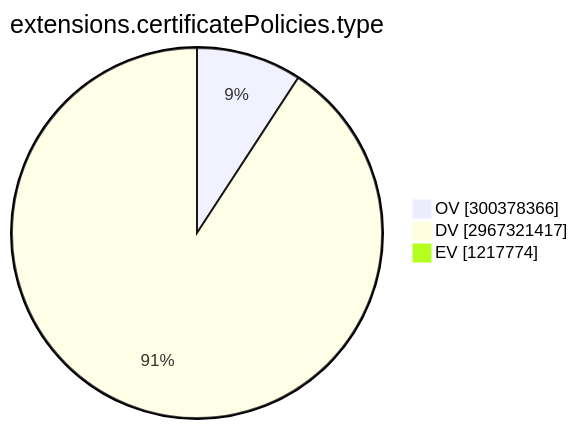
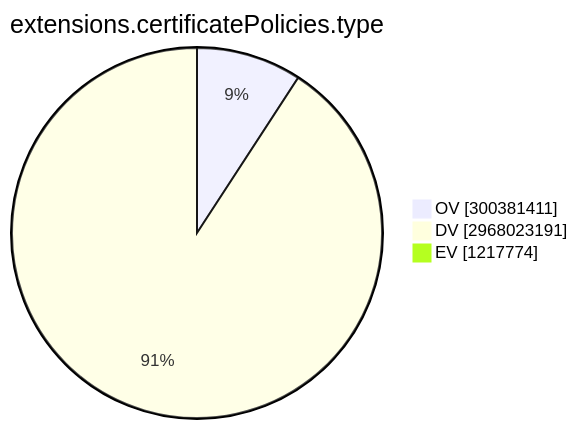
Before and after one commit to christiankrug/ctmonitor_visualization: the ninth of 15 diagrams in TOTAL/README.md, drawn with Mermaid. The commit also changed other lines of this file, not shown here.

````diff
--- a/TOTAL/README.md
+++ b/TOTAL/README.md
@@ -3101,7 +3101,7 @@
 ```mermaid
 pie showData
 title extensions.certificatePolicies.type
-"OV" :300378366
-"DV" :2967321417
+"OV" :300381411
+"DV" :2968023191
 "EV" :1217774
 ```
````
